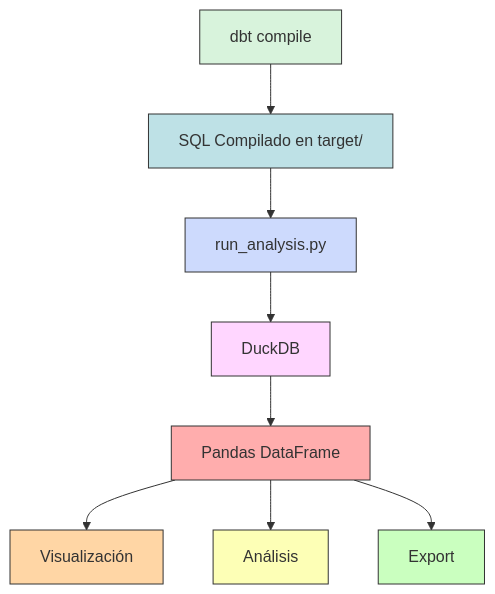
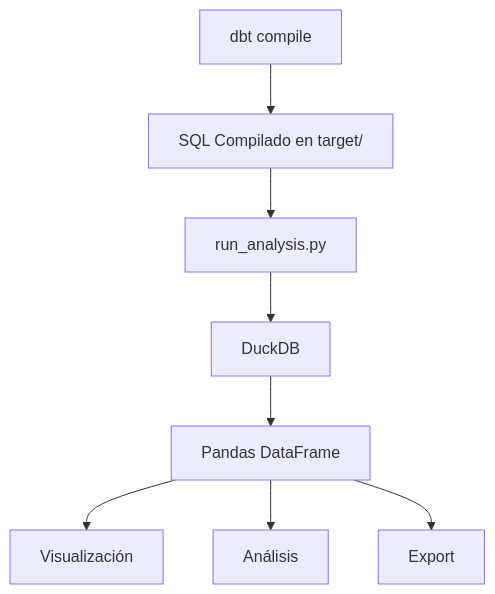
One commit to rafarngt/dbt-duckdb-analytics-kit changed the seventh of 8 diagrams in README.md. Above: the diagram before and after it, drawn with Mermaid. The commit also changed other lines of this file, not shown here.

````diff
--- a/README.md
+++ b/README.md
@@ -499,19 +480,10 @@
 ```mermaid
 flowchart TD
     A[dbt compile] --> B[SQL Compilado en target/]
     B --> C[run_analysis.py]
     C --> D[DuckDB]
     D --> E[Pandas DataFrame]
     E --> F[Visualización]
     E --> G[Análisis]
     E --> H[Export]
-    
-    style A fill:#d8f3dc,stroke:#333,stroke-width:1px
-    style B fill:#bee1e6,stroke:#333,stroke-width:1px
-    style C fill:#cddafd,stroke:#333,stroke-width:1px
-    style D fill:#ffd6ff,stroke:#333,stroke-width:1px
-    style E fill:#ffadad,stroke:#333,stroke-width:1px
-    style F fill:#ffd6a5,stroke:#333,stroke-width:1px
-    style G fill:#fdffb6,stroke:#333,stroke-width:1px
-    style H fill:#caffbf,stroke:#333,stroke-width:1px
 ```
````
